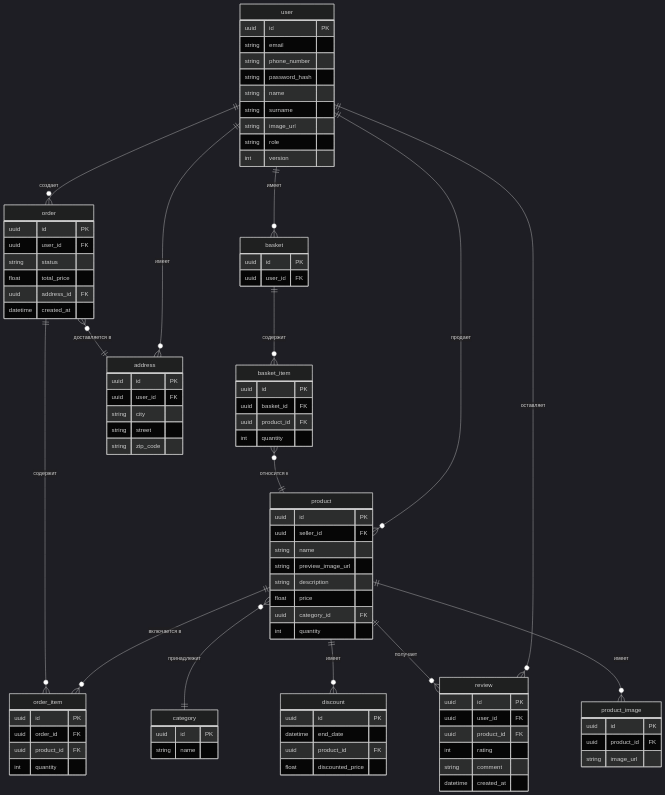
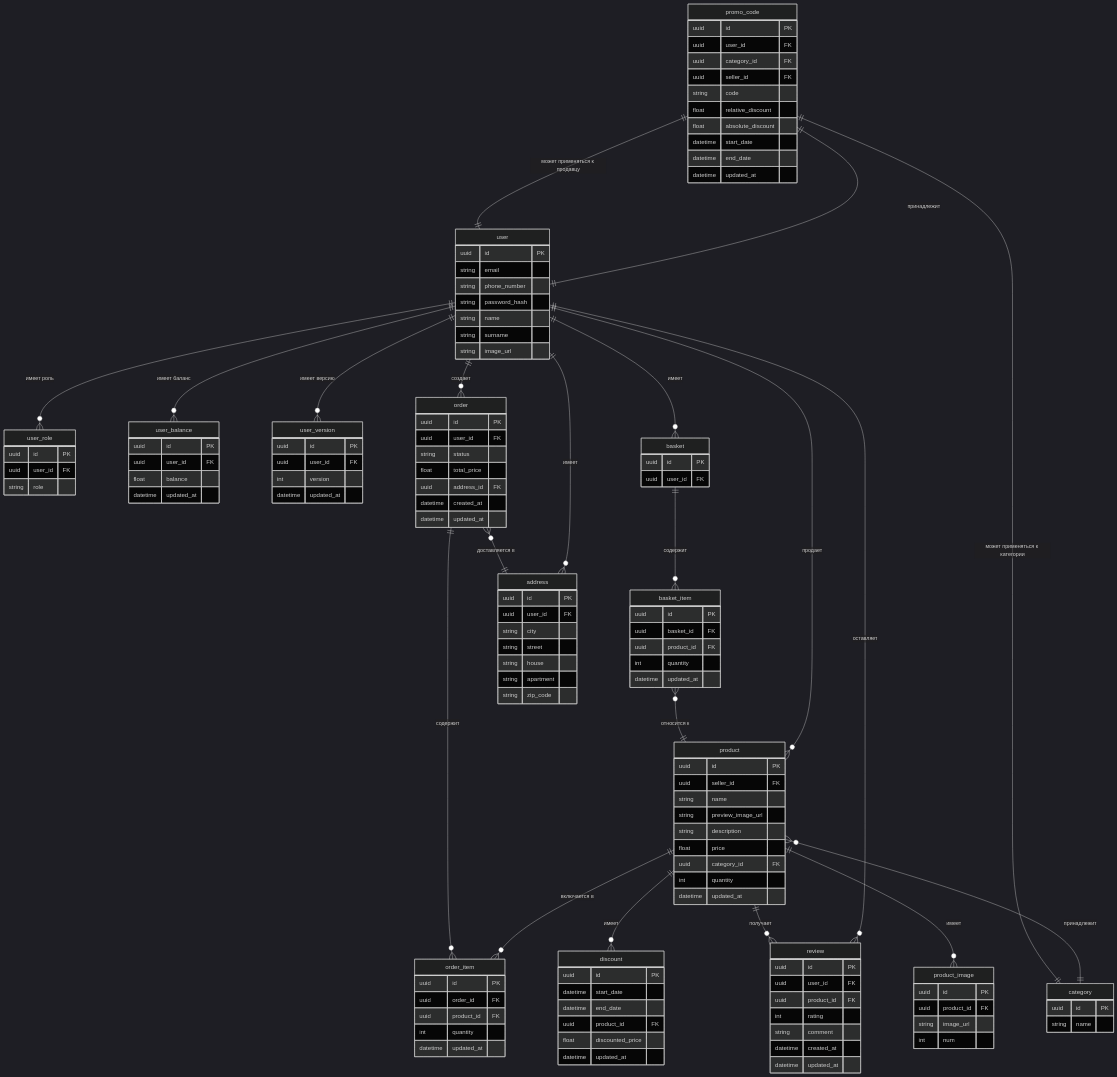
Before and after one commit to go-park-mail-ru/2025_1_ChillGuys: the diagram in db/normalized/relations.md, drawn with Mermaid (dark theme). The commit also changed other lines of this file, not shown here.

Commit message:
add promo codes, user balance, and timestamps

````diff
--- a/db/normalized/relations.md
+++ b/db/normalized/relations.md
@@ -92,5 +133,6 @@
 ```mermaid
 erDiagram
+
     user {
         uuid id PK
         string email
@@ -99,8 +141,26 @@
         string name
         string surname
         string image_url
+    }
+
+    user_role {
+        uuid id PK
+        uuid user_id FK
         string role
+    }
+
+    user_balance {
+        uuid id PK
+        uuid user_id FK
+        float balance
+        datetime updated_at
+    }
+
+    user_version {
+        uuid id PK
+        uuid user_id FK
         int version
+        datetime updated_at
     }
 
     product {
@@ -112,19 +172,36 @@
         float price
         uuid category_id FK
         int quantity
+        datetime updated_at
     }
     
     product_image {
         uuid id PK
         uuid product_id FK
         string image_url
+        int num
     }
 
     discount {
         uuid id PK
+        datetime start_date
         datetime end_date
         uuid product_id FK
         float discounted_price
+        datetime updated_at
+    }
+
+    promo_code {
+        uuid id PK
+        uuid user_id FK
+        uuid category_id FK 
+        uuid seller_id FK 
+        string code
+        float relative_discount 
+        float absolute_discount 
+        datetime start_date
+        datetime end_date
+        datetime updated_at
     }
 
     category {
@@ -139,6 +216,7 @@
         float total_price
         uuid address_id FK
         datetime created_at
+        datetime updated_at
     }
     
     order_item {
@@ -146,6 +224,7 @@
         uuid order_id FK
         uuid product_id FK
         int quantity
+        datetime updated_at
     }
 
     basket {
@@ -158,6 +237,7 @@
         uuid basket_id FK
         uuid product_id FK
         int quantity
+        datetime updated_at
     }
 
     review {
@@ -167,6 +247,7 @@
         int rating
         string comment
         datetime created_at
+        datetime updated_at
     }
 
     address {
@@ -174,9 +255,14 @@
         uuid user_id FK
         string city
         string street
+        string house
+        string apartment
         string zip_code
     }
 
+    user ||--o{ user_role : "имеет роль"
+    user ||--o{ user_balance : "имеет баланс"
+    user ||--o{ user_version : "имеет версию"
     user ||--o{ order : "создает"
     user ||--o{ address : "имеет"
     user ||--o{ product : "продает"
@@ -194,4 +280,8 @@
 
     basket ||--o{ basket_item : "содержит"
     basket_item }o--|| product : "относится к"
+
+    promo_code ||--|| user : "принадлежит"
+    promo_code ||--|| category : "может применяться к категории"
+    promo_code ||--|| user : "может применяться к продавцу"
 ```
````
